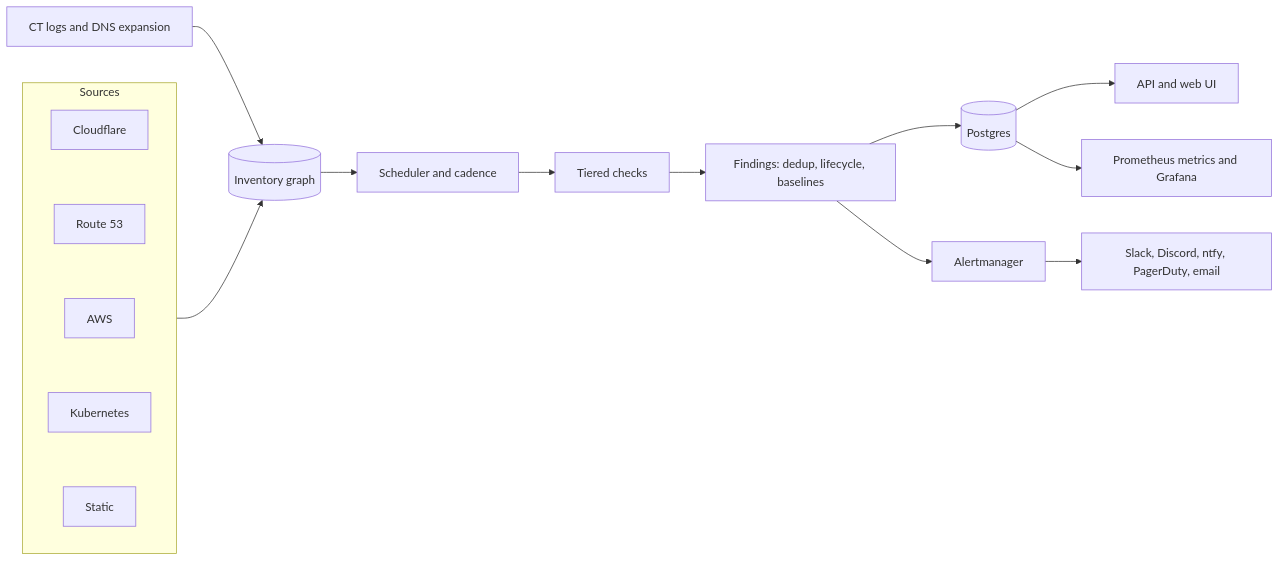
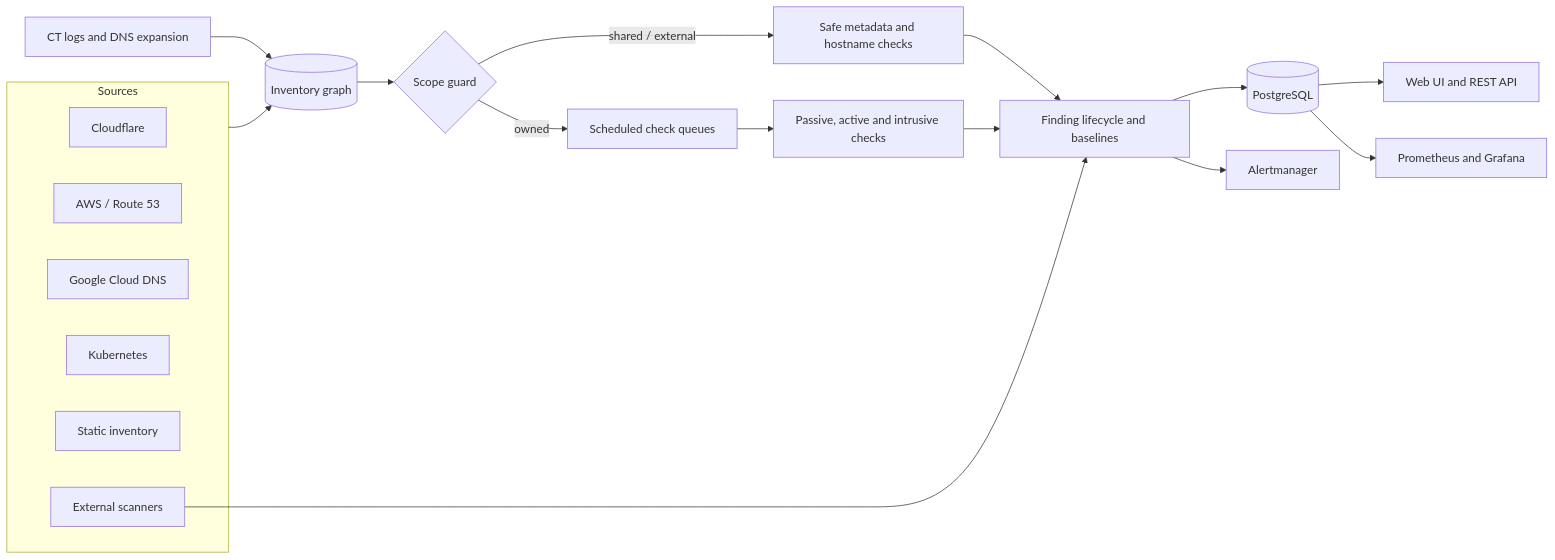
The diagram in README.md (chainseer-xyz/deckard), drawn with Mermaid before and after one commit. The commit also changed other lines of this file, not shown here.

````diff
--- a/README.md
+++ b/README.md
@@ -187,15 +162,25 @@
 ```mermaid
 flowchart LR
-  subgraph S[Sources]
-    CF[Cloudflare] ~~~ R53[Route 53] ~~~ AWS[AWS] ~~~ K8S[Kubernetes] ~~~ ST[Static]
+  subgraph Sources
+    CF[Cloudflare]
+    AWS[AWS / Route 53]
+    GCP[Google Cloud DNS]
+    K8S[Kubernetes]
+    STATIC[Static inventory]
+    EXT[External scanners]
   end
-  S --> INV[(Inventory graph)]
+
+  Sources --> INV[(Inventory graph)]
   CT[CT logs and DNS expansion] --> INV
-  INV --> SCH[Scheduler and cadence]
-  SCH --> CHK[Tiered checks]
-  CHK --> FND[Findings: dedup, lifecycle, baselines]
-  FND --> PG[(Postgres)]
-  FND --> AM[Alertmanager] --> OUT[Slack, Discord, ntfy, PagerDuty, email]
-  PG --> UI[API and web UI]
-  PG --> MET[Prometheus metrics and Grafana]
+  INV --> SCOPE{Scope guard}
+  SCOPE -->|owned| QUEUES[Scheduled check queues]
+  SCOPE -->|shared / external| PASSIVE[Safe metadata and hostname checks]
+  QUEUES --> CHECKS[Passive, active and intrusive checks]
+  PASSIVE --> FINDINGS[Finding lifecycle and baselines]
+  CHECKS --> FINDINGS
+  EXT --> FINDINGS
+  FINDINGS --> PG[(PostgreSQL)]
+  FINDINGS --> AM[Alertmanager]
+  PG --> UI[Web UI and REST API]
+  PG --> METRICS[Prometheus and Grafana]
 ```
````
